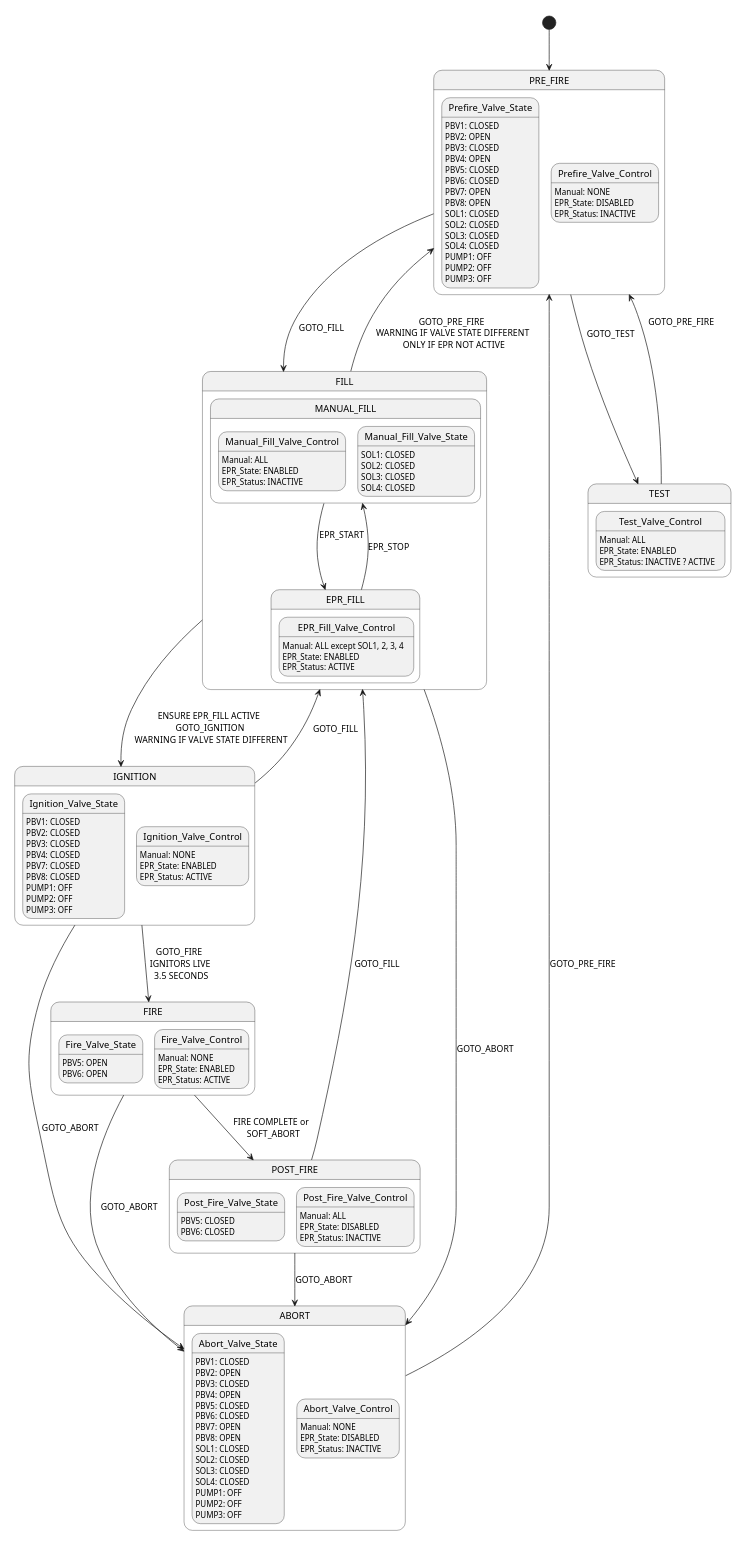
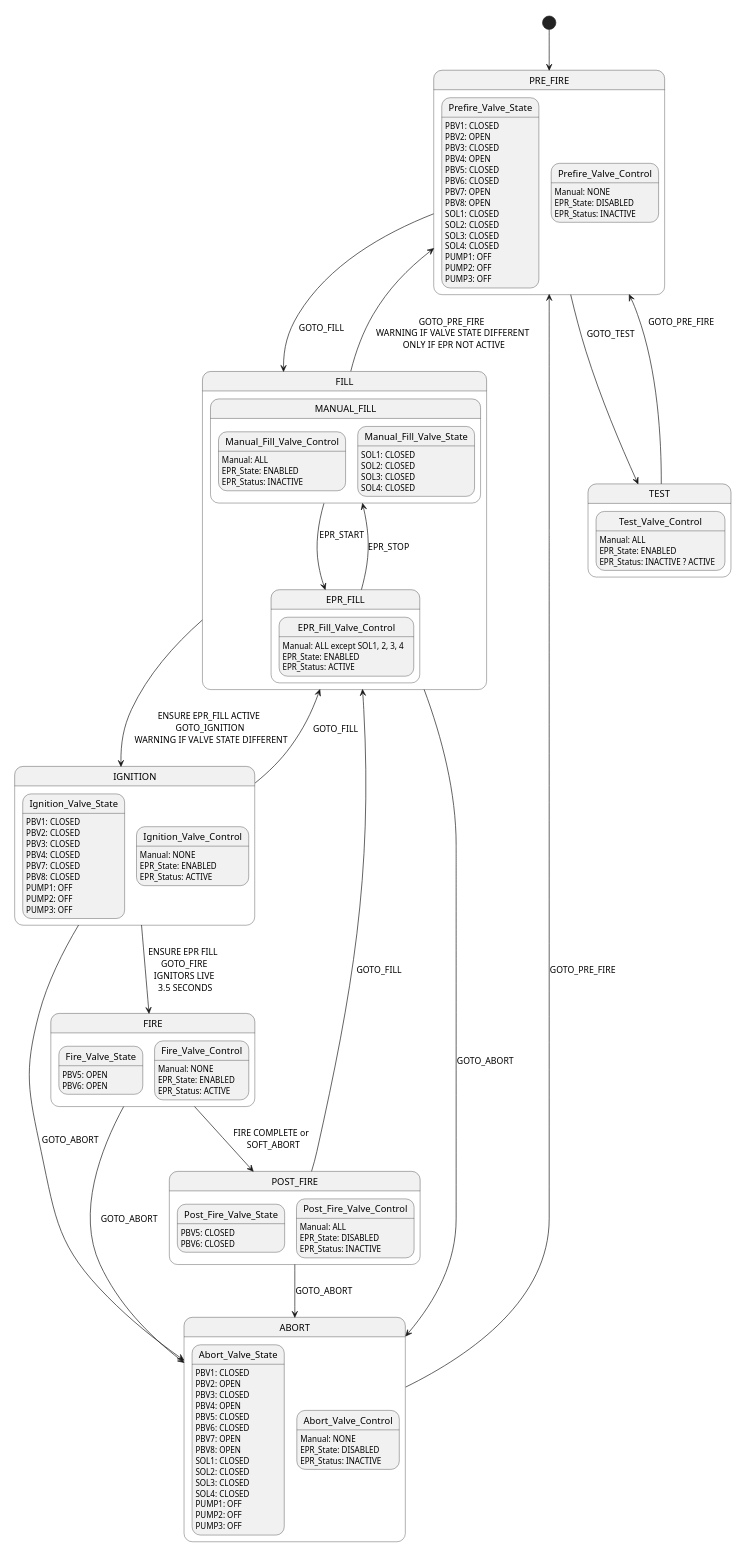
Before and after one commit to Bio-Rocket/LabJack: the diagram in stateMachine.plantuml, drawn with PlantUML.

Commit message:
adding condition from ignition to launch

```diff
--- a/stateMachine.plantuml
+++ b/stateMachine.plantuml
@@ -1,133 +1,133 @@
 @startuml stateMachine
 scale 500 width
 [*] --> PRE_FIRE
 PRE_FIRE --> FILL : GOTO_FILL \n
 PRE_FIRE --> TEST : GOTO_TEST
 FILL --> IGNITION : ENSURE EPR_FILL ACTIVE \n GOTO_IGNITION \n WARNING IF VALVE STATE DIFFERENT
 FILL --> ABORT : GOTO_ABORT
 FILL --> PRE_FIRE : GOTO_PRE_FIRE \n WARNING IF VALVE STATE DIFFERENT \n ONLY IF EPR NOT ACTIVE
-IGNITION --> FIRE : GOTO_FIRE \n IGNITORS LIVE \n 3.5 SECONDS
+IGNITION --> FIRE : ENSURE EPR FILL \n GOTO_FIRE \n IGNITORS LIVE \n 3.5 SECONDS
 IGNITION --> ABORT : GOTO_ABORT
 IGNITION --> FILL : GOTO_FILL
 FIRE --> ABORT : GOTO_ABORT
 FIRE --> POST_FIRE : FIRE COMPLETE or \n SOFT_ABORT
 POST_FIRE --> FILL : GOTO_FILL
 POST_FIRE --> ABORT : GOTO_ABORT
 ABORT --> PRE_FIRE : GOTO_PRE_FIRE
 TEST --> PRE_FIRE : GOTO_PRE_FIRE \n\n
  
 state PRE_FIRE {
   state Prefire_Valve_State: PBV1: CLOSED
   state Prefire_Valve_State: PBV2: OPEN
   state Prefire_Valve_State: PBV3: CLOSED
   state Prefire_Valve_State: PBV4: OPEN
   state Prefire_Valve_State: PBV5: CLOSED
   state Prefire_Valve_State: PBV6: CLOSED
   state Prefire_Valve_State: PBV7: OPEN
   state Prefire_Valve_State: PBV8: OPEN
   state Prefire_Valve_State: SOL1: CLOSED
   state Prefire_Valve_State: SOL2: CLOSED
   state Prefire_Valve_State: SOL3: CLOSED
   state Prefire_Valve_State: SOL4: CLOSED
   state Prefire_Valve_State: PUMP1: OFF
   state Prefire_Valve_State: PUMP2: OFF
   state Prefire_Valve_State: PUMP3: OFF
  
   state Prefire_Valve_Control
   state Prefire_Valve_Control: Manual: NONE
   state Prefire_Valve_Control: EPR_State: DISABLED
   state Prefire_Valve_Control: EPR_Status: INACTIVE
 }
  
 state FILL {
   state MANUAL_FILL {
     state Manual_Fill_Valve_Control
     state Manual_Fill_Valve_Control: Manual: ALL
     state Manual_Fill_Valve_Control: EPR_State: ENABLED
     state Manual_Fill_Valve_Control: EPR_Status: INACTIVE
 
     state Manual_Fill_Valve_State: SOL1: CLOSED
     state Manual_Fill_Valve_State: SOL2: CLOSED
     state Manual_Fill_Valve_State: SOL3: CLOSED
     state Manual_Fill_Valve_State: SOL4: CLOSED
   }
  
   MANUAL_FILL ---> EPR_FILL : EPR_START \n\n
  
   state EPR_FILL {
     state EPR_Fill_Valve_Control
     state EPR_Fill_Valve_Control: Manual: ALL except SOL1, 2, 3, 4
     state EPR_Fill_Valve_Control: EPR_State: ENABLED
     state EPR_Fill_Valve_Control: EPR_Status: ACTIVE
   }
  
   EPR_FILL ---> MANUAL_FILL : EPR_STOP
 }
  
 state IGNITION {
   state Ignition_Valve_State: PBV1: CLOSED
   state Ignition_Valve_State: PBV2: CLOSED
   state Ignition_Valve_State: PBV3: CLOSED
   state Ignition_Valve_State: PBV4: CLOSED
   state Ignition_Valve_State: PBV7: CLOSED
   state Ignition_Valve_State: PBV8: CLOSED
   state Ignition_Valve_State: PUMP1: OFF
   state Ignition_Valve_State: PUMP2: OFF
   state Ignition_Valve_State: PUMP3: OFF
 
   state Ignition_Valve_Control
   state Ignition_Valve_Control: Manual: NONE
   state Ignition_Valve_Control: EPR_State: ENABLED
   state Ignition_Valve_Control: EPR_Status: ACTIVE
 }
  
 state FIRE {
   state Fire_Valve_State: PBV5: OPEN
   state Fire_Valve_State: PBV6: OPEN
 
   state Fire_Valve_Control
   state Fire_Valve_Control: Manual: NONE
   state Fire_Valve_Control: EPR_State: ENABLED
   state Fire_Valve_Control: EPR_Status: ACTIVE
 }
 
 state POST_FIRE {
   state Post_Fire_Valve_State: PBV5: CLOSED
   state Post_Fire_Valve_State: PBV6: CLOSED
 
   state Post_Fire_Valve_Control
   state Post_Fire_Valve_Control: Manual: ALL
   state Post_Fire_Valve_Control: EPR_State: DISABLED
   state Post_Fire_Valve_Control: EPR_Status: INACTIVE
 } 
  
 state ABORT {
   state Abort_Valve_State: PBV1: CLOSED
   state Abort_Valve_State: PBV2: OPEN
   state Abort_Valve_State: PBV3: CLOSED
   state Abort_Valve_State: PBV4: OPEN
   state Abort_Valve_State: PBV5: CLOSED
   state Abort_Valve_State: PBV6: CLOSED
   state Abort_Valve_State: PBV7: OPEN
   state Abort_Valve_State: PBV8: OPEN
   state Abort_Valve_State: SOL1: CLOSED
   state Abort_Valve_State: SOL2: CLOSED
   state Abort_Valve_State: SOL3: CLOSED
   state Abort_Valve_State: SOL4: CLOSED
   state Abort_Valve_State: PUMP1: OFF
   state Abort_Valve_State: PUMP2: OFF
   state Abort_Valve_State: PUMP3: OFF
  
   state Abort_Valve_Control
   state Abort_Valve_Control: Manual: NONE
   state Abort_Valve_Control: EPR_State: DISABLED
   state Abort_Valve_Control: EPR_Status: INACTIVE
 }
  
 state TEST {
   state Test_Valve_Control
   state Test_Valve_Control: Manual: ALL
   state Test_Valve_Control: EPR_State: ENABLED
   state Test_Valve_Control: EPR_Status: INACTIVE ? ACTIVE
 }
 @enduml
```
